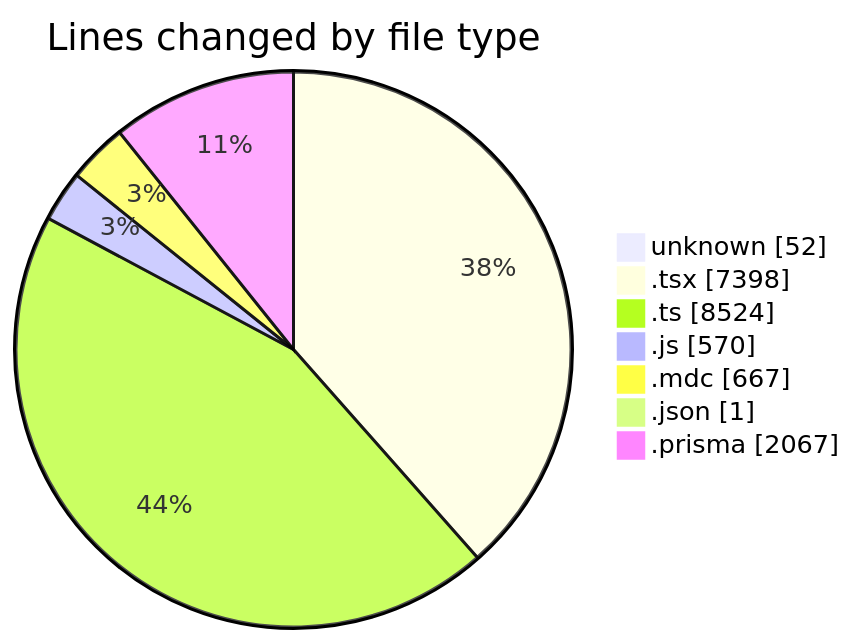
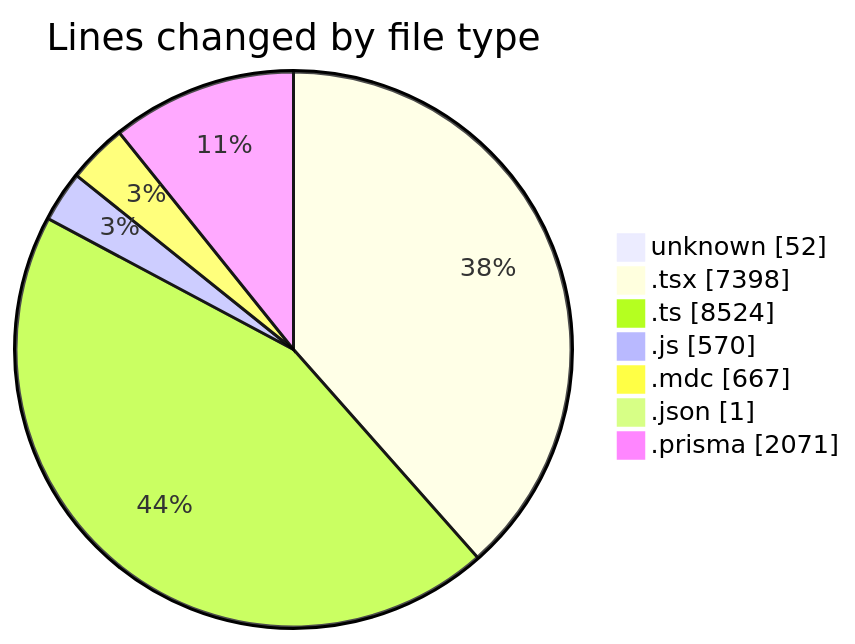
The first of 2 diagrams in 2025-06-02/ecodeli-1/README.md (CELIANVF/code-tracking), drawn with Mermaid before and after one commit. The commit also changed other lines of this file and 1 other file, not shown here.

````diff
--- a/2025-06-02/ecodeli-1/README.md
+++ b/2025-06-02/ecodeli-1/README.md
@@ -79,11 +79,11 @@
 ```mermaid
 pie showData
 title Lines changed by file type
 "unknown" : 52
 ".tsx" : 7398
 ".ts" : 8524
 ".js" : 570
 ".mdc" : 667
 ".json" : 1
-".prisma" : 2067
+".prisma" : 2071
 ```
````
